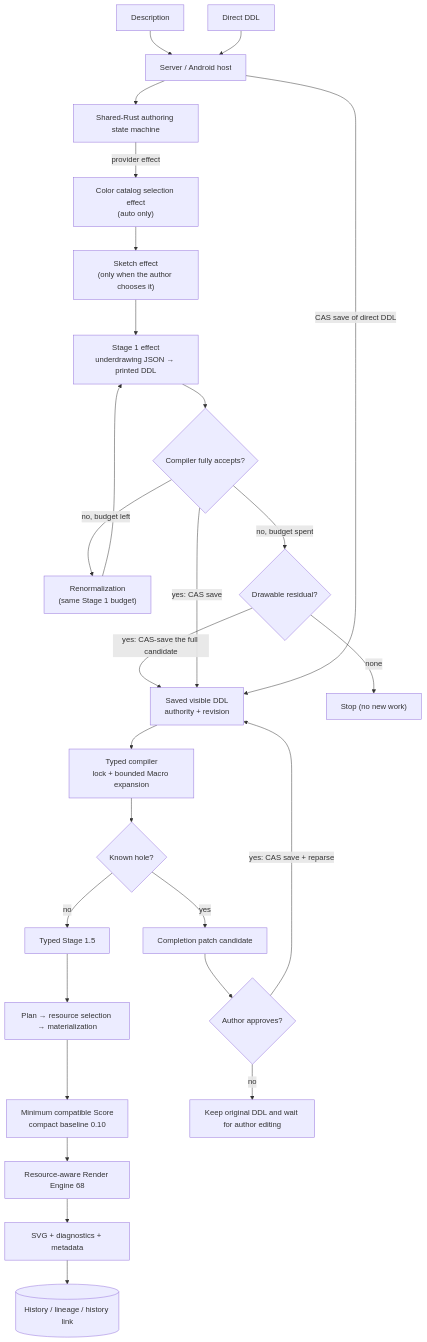
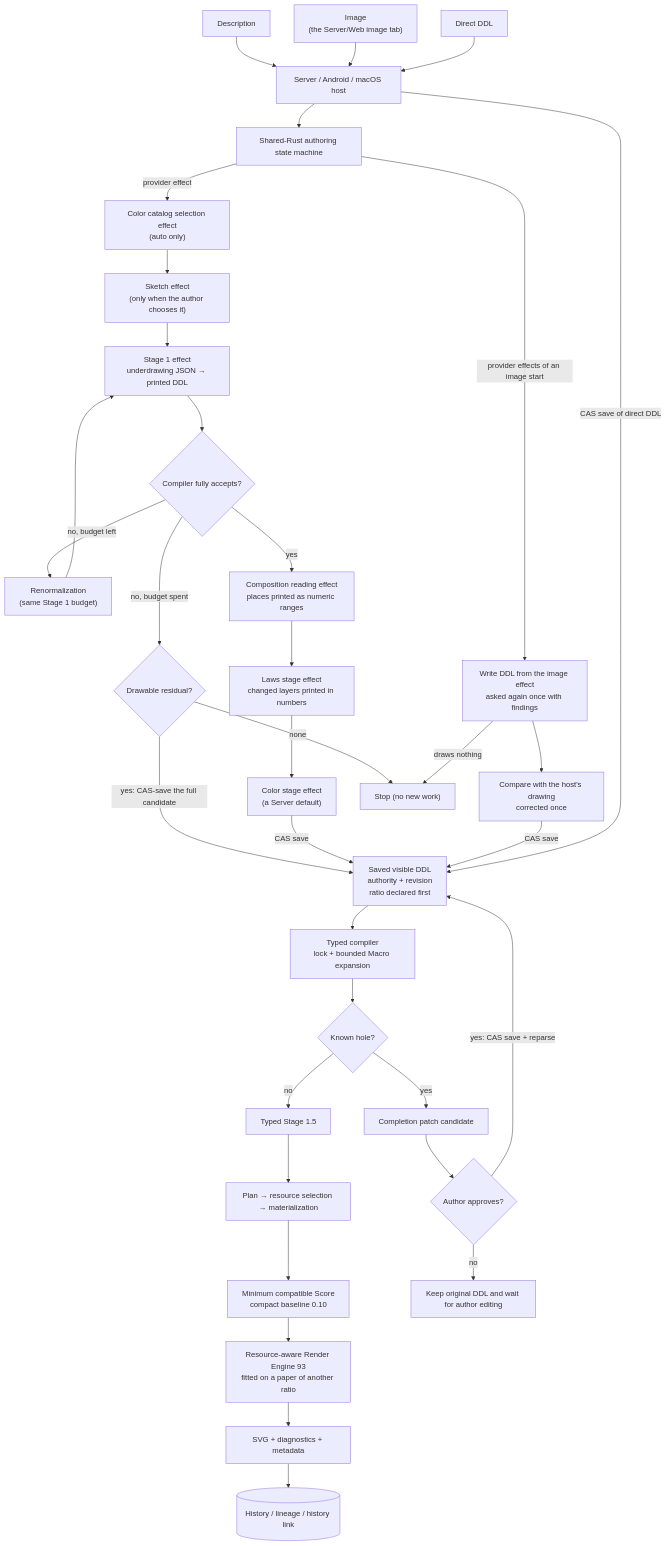
The first of 2 diagrams in docs/architecture/ddl-processing-pipeline.md (oikawas/inku-lang), drawn with Mermaid before and after one commit. The commit also changed other lines of this file and 27 other files, not shown here.

First line of the commit message:
Bring the architecture documents up to the current core

````diff
--- a/docs/architecture/ddl-processing-pipeline.md
+++ b/docs/architecture/ddl-processing-pipeline.md
@@ -27,41 +31,52 @@
 ```mermaid
 flowchart TD
     DESC["Description"]
     DIRECT["Direct DDL"]
-    HOST["Server / Android host"]
+    IMAGE_IN["Image\n(the Server/Web image tab)"]
+    HOST["Server / Android / macOS host"]
     CORE["Shared-Rust authoring state machine"]
     CATALOG["Color catalog selection effect\n(auto only)"]
     SKETCH["Sketch effect\n(only when the author chooses it)"]
     S1["Stage 1 effect\nunderdrawing JSON → printed DDL"]
     FIT{"Compiler fully accepts?"}
     RETRY["Renormalization\n(same Stage 1 budget)"]
     RESIDUAL{"Drawable residual?"}
-    DDL["Saved visible DDL\nauthority + revision"]
+    COMP["Composition reading effect\nplaces printed as numeric ranges"]
+    LAWS["Laws stage effect\nchanged layers printed in numbers"]
+    COLORS["Color stage effect\n(a Server default)"]
+    IMG_WRITE["Write DDL from the image effect\nasked again once with findings"]
+    IMG_REVIEW["Compare with the host's drawing\ncorrected once"]
+    DDL["Saved visible DDL\nauthority + revision\nratio declared first"]
     COMPILER["Typed compiler\nlock + bounded Macro expansion"]
     HOLE{"Known hole?"}
     PROPOSAL["Completion patch candidate"]
     APPROVAL{"Author approves?"}
     S15["Typed Stage 1.5"]
     LOWER["Plan → resource selection → materialization"]
     SCORE["Minimum compatible Score\ncompact baseline 0.10"]
-    RENDER["Resource-aware Render Engine 68"]
+    RENDER["Resource-aware Render Engine 93\nfitted on a paper of another ratio"]
     SVG["SVG + diagnostics + metadata"]
     HISTORY[("History / lineage / history link")]
     FAIL["Stop (no new work)"]
 
     DESC --> HOST --> CORE
     CORE -->|"provider effect"| CATALOG --> SKETCH --> S1
     S1 --> FIT
     FIT -->|"no, budget left"| RETRY --> S1
     FIT -->|"no, budget spent"| RESIDUAL
     RESIDUAL -->|"none"| FAIL
     RESIDUAL -->|"yes: CAS-save the full candidate"| DDL
-    FIT -->|"yes: CAS save"| DDL
+    FIT -->|"yes"| COMP --> LAWS --> COLORS
+    COLORS -->|"CAS save"| DDL
+    IMAGE_IN --> HOST
+    CORE -->|"provider effects of an image start"| IMG_WRITE --> IMG_REVIEW
+    IMG_WRITE -->|"draws nothing"| FAIL
+    IMG_REVIEW -->|"CAS save"| DDL
     DIRECT --> HOST
     HOST -->|"CAS save of direct DDL"| DDL
     DDL --> COMPILER --> HOLE
     HOLE -->|"yes"| PROPOSAL --> APPROVAL
     APPROVAL -->|"yes: CAS save + reparse"| DDL
     APPROVAL -->|"no"| EDIT["Keep original DDL and wait for author editing"]
     HOLE -->|"no"| S15 --> LOWER --> SCORE --> RENDER --> SVG --> HISTORY
 ```
````
